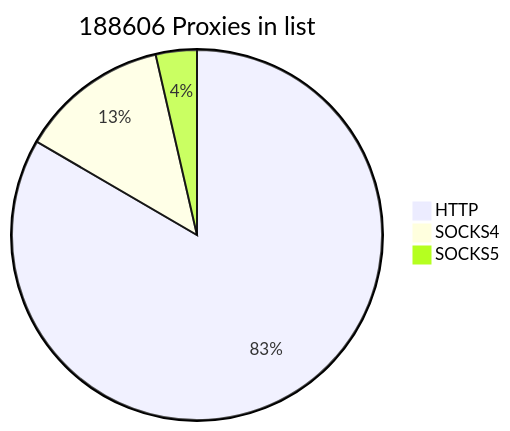
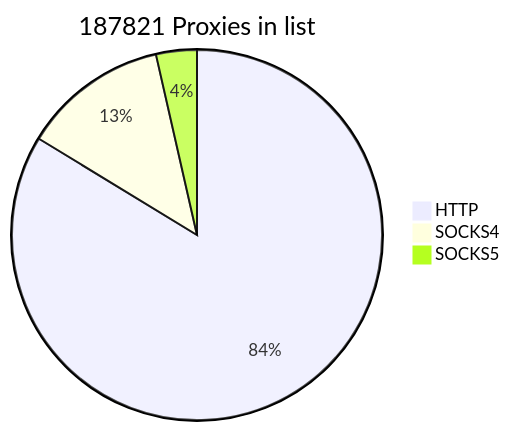
Before and after one commit to cutipu/proxylist: the first of 2 diagrams in README.md, drawn with Mermaid. The commit also changed other lines of this file, not shown here.

````diff
--- a/README.md
+++ b/README.md
@@ -2,7 +2,7 @@
 ```mermaid
-pie title 188606 Proxies in list
-    "HTTP" : 157293
-    "SOCKS4" : 24547
-    "SOCKS5" : 6766
+pie title 187821 Proxies in list
+    "HTTP" : 157221
+    "SOCKS4" : 23915
+    "SOCKS5" : 6685
             
 ```
````
